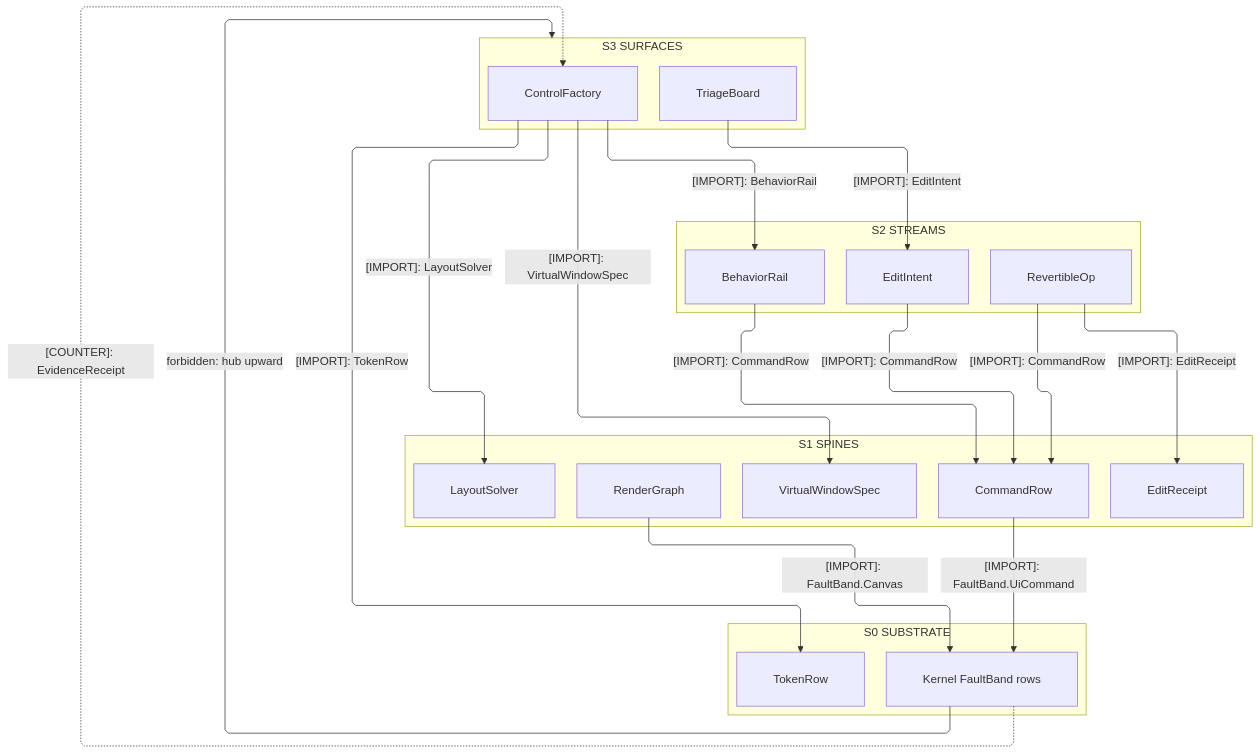
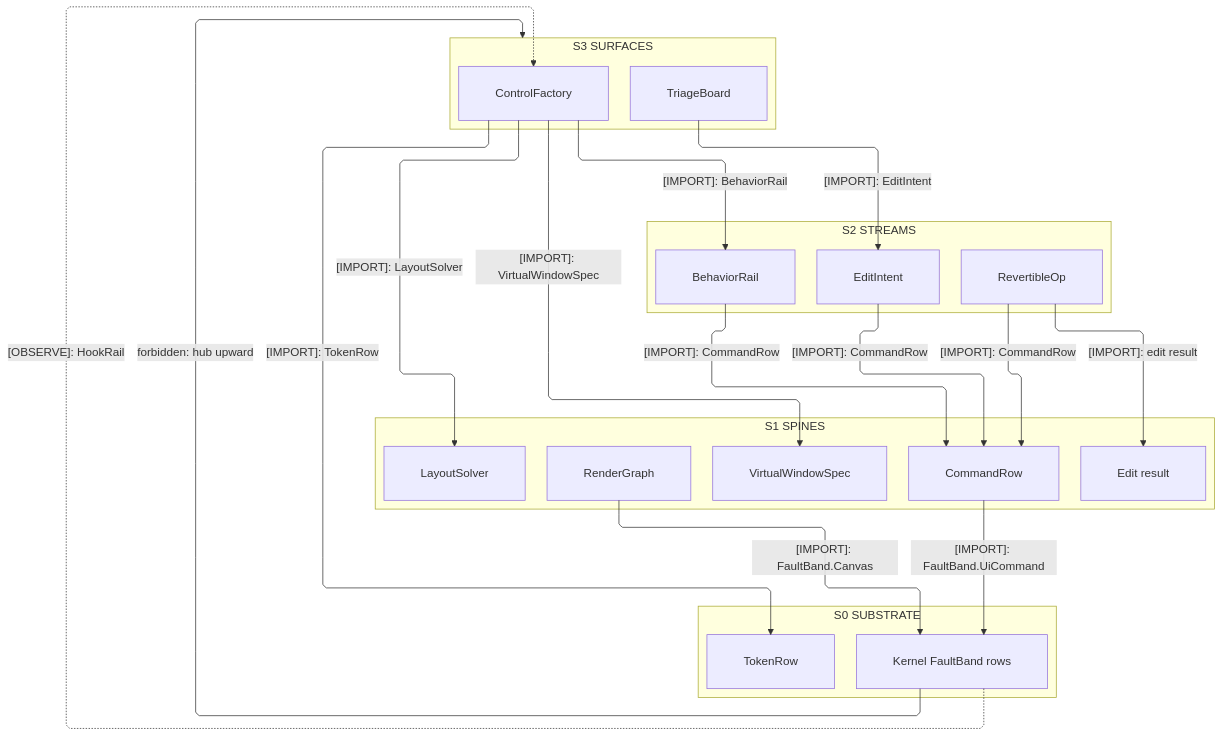
One commit to bsamiee/Rasm changed the first of 4 diagrams in libs/dotnet/Rasm.AppUi/ARCHITECTURE.md. Above: the diagram before and after it, drawn with Mermaid. The commit also changed other lines of this file and 1417 other files, not shown here.

````diff
--- a/libs/dotnet/Rasm.AppUi/ARCHITECTURE.md
+++ b/libs/dotnet/Rasm.AppUi/ARCHITECTURE.md
@@ -104,45 +104,45 @@
 ```mermaid
 ---
 config:
   layout: elk
   flowchart:
     curve: linear
     padding: 25
 ---
 flowchart TB
     accTitle: Rasm.AppUi interior strata
-    accDescr: Which lower vocabulary each spine, stream, and surface owner consumes, and the EvidenceReceipt counter-edge the hub nests.
+    accDescr: Which lower vocabulary each spine, stream, and surface owner consumes, and the AppUi hook edge the hub exposes.
     subgraph S3["S3 SURFACES"]
         Factory[ControlFactory]
         Board[TriageBoard]
     end
     subgraph S2["S2 STREAMS"]
         Rail[BehaviorRail]
         Intent[EditIntent]
         Revert[RevertibleOp]
     end
     subgraph S1["S1 SPINES"]
         Command[CommandRow]
         Virtual[VirtualWindowSpec]
         Solver[LayoutSolver]
-        Inspect[EditReceipt]
+        Inspect[Edit result]
         Graph[RenderGraph]
     end
     subgraph S0["S0 SUBSTRATE"]
         Fault[Kernel FaultBand rows]
         Token[TokenRow]
     end
     Factory e1@-->|"[IMPORT]: VirtualWindowSpec"| Virtual
     Factory e2@-->|"[IMPORT]: LayoutSolver"| Solver
     Factory e3@-->|"[IMPORT]: BehaviorRail"| Rail
     Factory e4@-->|"[IMPORT]: TokenRow"| Token
     Board e5@-->|"[IMPORT]: EditIntent"| Intent
     Rail e6@-->|"[IMPORT]: CommandRow"| Command
     Revert e7@-->|"[IMPORT]: CommandRow"| Command
-    Revert e8@-->|"[IMPORT]: EditReceipt"| Inspect
+    Revert e8@-->|"[IMPORT]: edit result"| Inspect
     Intent e9@-->|"[IMPORT]: CommandRow"| Command
     Command e10@-->|"[IMPORT]: FaultBand.UiCommand"| Fault
     Graph e11@-->|"[IMPORT]: FaultBand.Canvas"| Fault
-    Fault e12@-.->|"[COUNTER]: EvidenceReceipt"| Factory
+    Fault e12@-.->|"[OBSERVE]: HookRail"| Factory
     Fault f1@-->|"forbidden: hub upward"| S3
 ```
````
